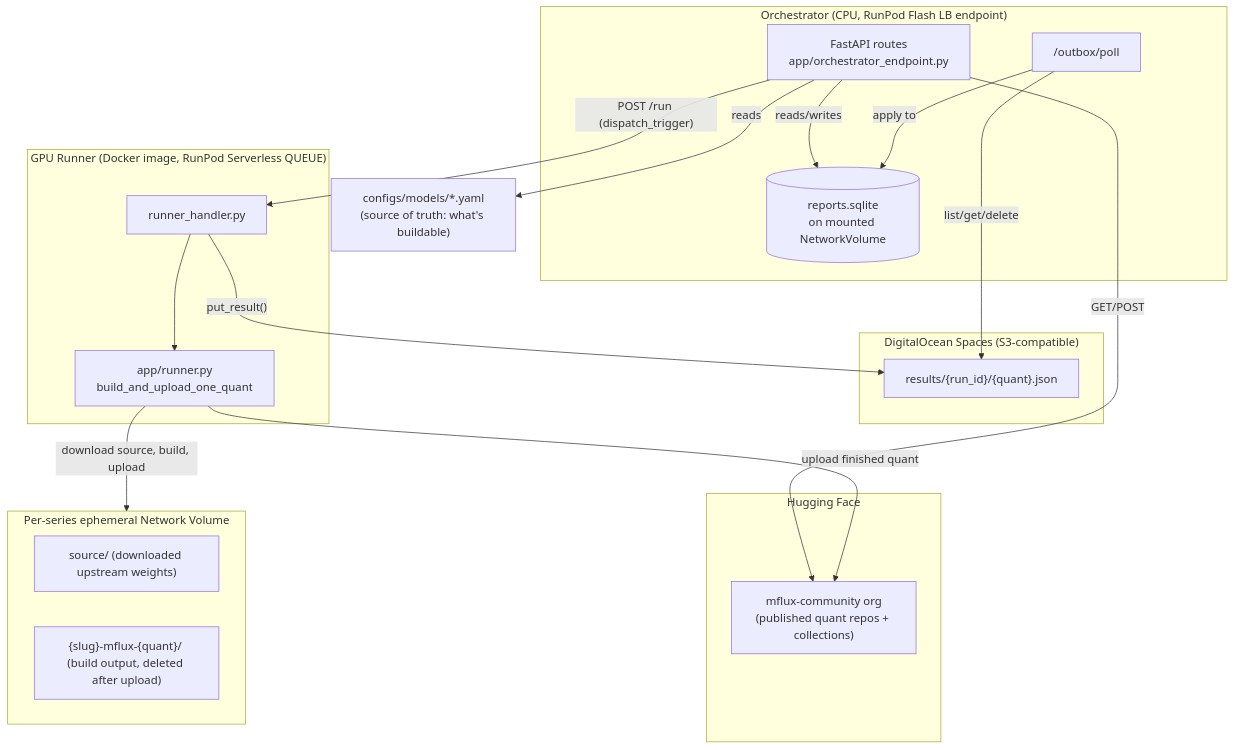
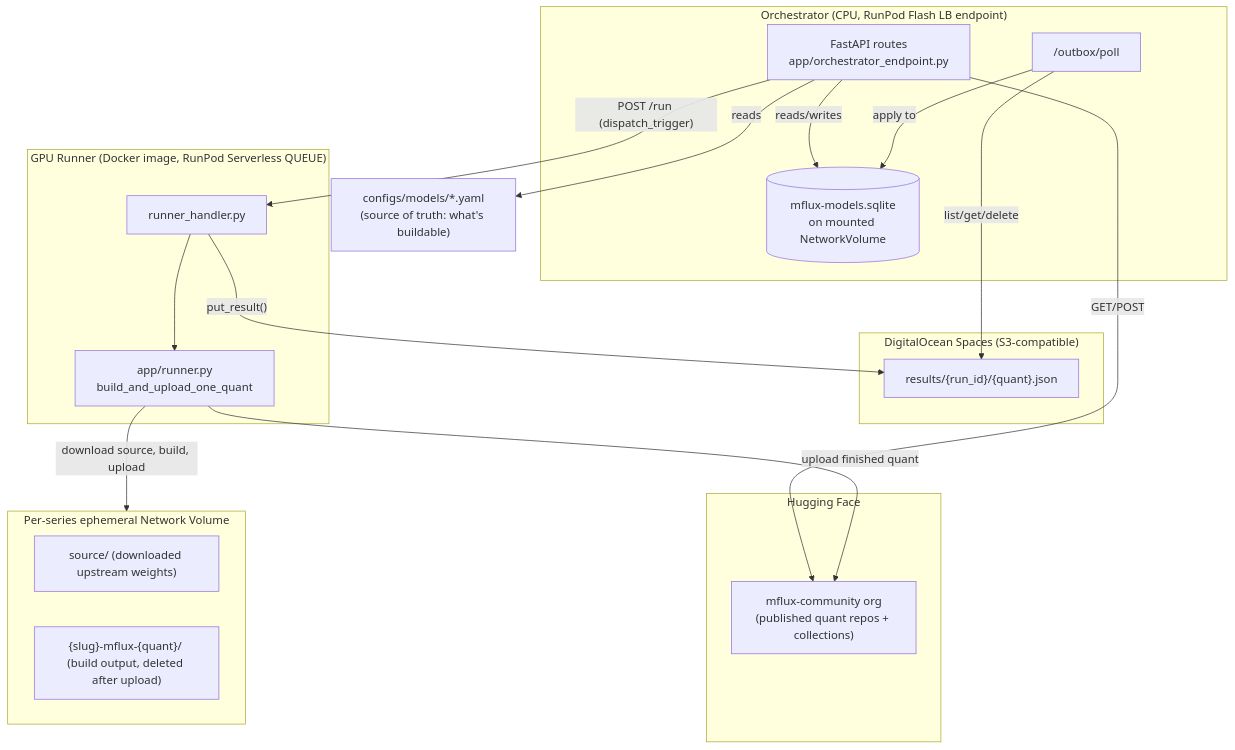
One commit to ianscrivener/mflux-runpod changed the first of 2 diagrams in docs/ARCHITECTURE.md. Above: the diagram before and after it, drawn with Mermaid. The commit also changed other lines of this file and 80 other files, not shown here.

````diff
--- a/docs/ARCHITECTURE.md
+++ b/docs/ARCHITECTURE.md
@@ -22,39 +22,39 @@
 ```mermaid
 flowchart TB
     subgraph HF["Hugging Face"]
         HFORG["mflux-community org<br/>(published quant repos + collections)"]
     end
 
     subgraph Orch["Orchestrator (CPU, RunPod Flash LB endpoint)"]
         API["FastAPI routes<br/>app/orchestrator_endpoint.py"]
-        DB[("reports.sqlite<br/>on mounted NetworkVolume")]
+        DB[("mflux-models.sqlite<br/>on mounted NetworkVolume")]
         OutboxPoll["/outbox/poll"]
     end
 
     subgraph DO["DigitalOcean Spaces (S3-compatible)"]
         Outbox["results/{run_id}/{quant}.json"]
     end
 
     subgraph Runner["GPU Runner (Docker image, RunPod Serverless QUEUE)"]
         Handler["runner_handler.py"]
         Build["app/runner.py<br/>build_and_upload_one_quant"]
     end
 
     subgraph Vol["Per-series ephemeral Network Volume"]
         Source["source/ (downloaded upstream weights)"]
         Artifacts["{slug}-mflux-{quant}/ (build output, deleted after upload)"]
     end
 
     Config["configs/models/*.yaml<br/>(source of truth: what's buildable)"]
 
     API -- "reads" --> Config
     API -- "GET/POST" --> HFORG
     API -- "reads/writes" --> DB
     API -- "POST /run (dispatch_trigger)" --> Handler
     Handler --> Build
     Build -- "download source, build, upload" --> Vol
     Build -- "upload finished quant" --> HFORG
     Handler -- "put_result()" --> Outbox
     OutboxPoll -- "list/get/delete" --> Outbox
     OutboxPoll -- "apply to" --> DB
 ```
````
